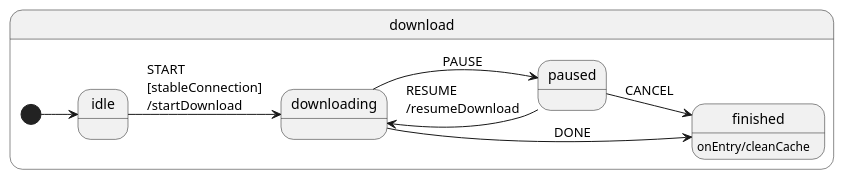
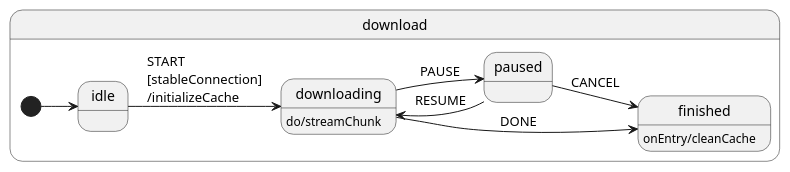
Before and after one commit to lucmartens/xstate-plantuml: the diagram in examples/download.puml, drawn with PlantUML. The commit also changed 13 other files, not shown here.

```diff
--- a/examples/download.puml
+++ b/examples/download.puml
@@ -1,24 +1,25 @@
 @startuml
 left to right direction
 state "download" as download {
   [*] --> download.idle
 
   state "idle" as download.idle {
-    download.idle --> download.downloading : START\l[stableConnection]\l/startDownload
+    download.idle --> download.downloading : START\l[stableConnection]\l/initializeCache
   }
 
   state "downloading" as download.downloading {
+    download.downloading : do/streamChunk
     download.downloading --> download.paused : PAUSE
     download.downloading --> download.finished : DONE
   }
 
   state "paused" as download.paused {
-    download.paused --> download.downloading : RESUME\l/resumeDownload
+    download.paused --> download.downloading : RESUME
     download.paused --> download.finished : CANCEL
   }
 
   state "finished" as download.finished {
     download.finished : onEntry/cleanCache
   }
 }
 @enduml
```
